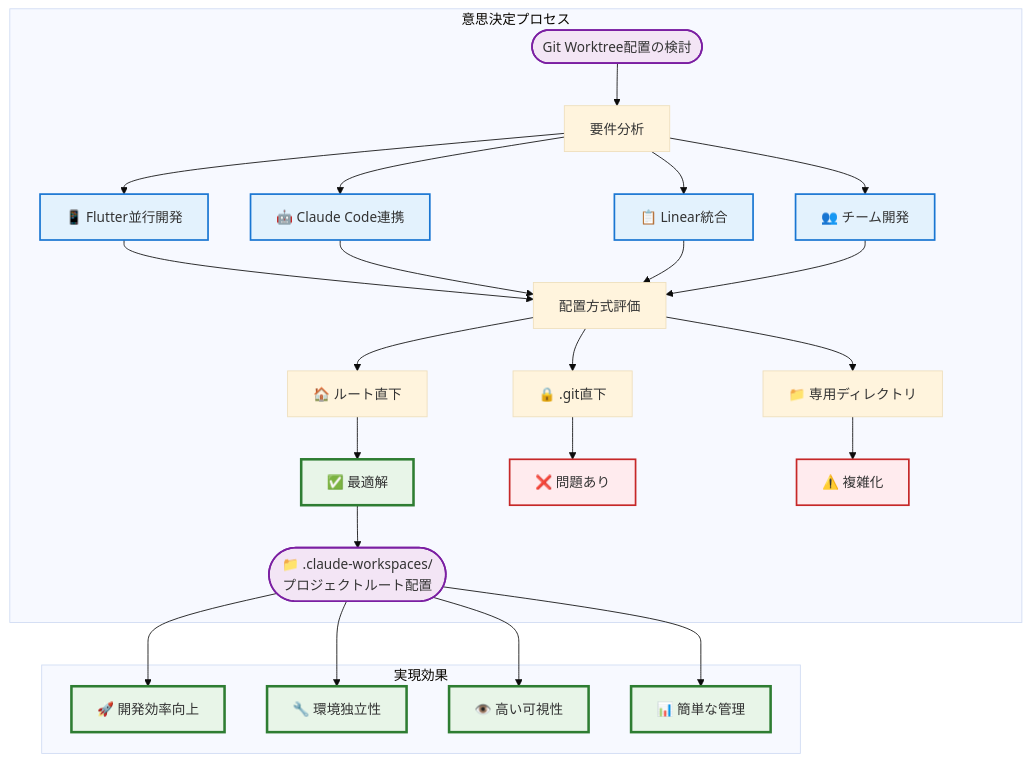
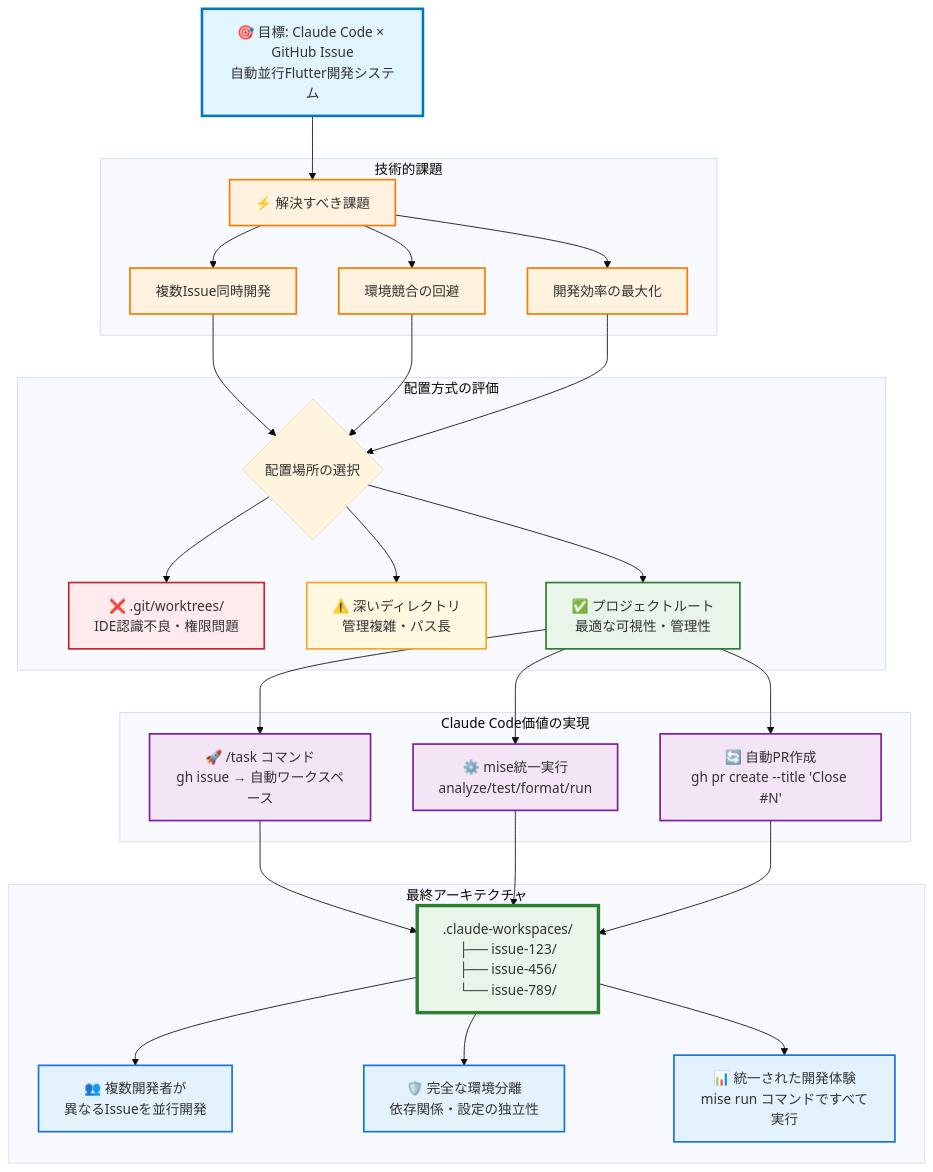
The fifth of 5 diagrams in docs/WORKTREE_ARCHITECTURE.md (r0227n/flutter_template_project), drawn with Mermaid (base theme) before and after one commit. The commit also changed other lines of this file, not shown here.

First line of the commit message:
docs: revise WORKTREE_ARCHITECTURE.md for clarity and structure

````diff
--- a/docs/WORKTREE_ARCHITECTURE.md
+++ b/docs/WORKTREE_ARCHITECTURE.md
@@ -581,44 +612,57 @@
 ```mermaid
-flowchart TB
-    subgraph "意思決定プロセス"
-        Start(["Git Worktree配置の検討"]) --> Analysis["要件分析"]
-
-        Analysis --> Req1["📱 Flutter並行開発"]
-        Analysis --> Req2["🤖 Claude Code連携"]
-        Analysis --> Req3["📋 Linear統合"]
-        Analysis --> Req4["👥 チーム開発"]
-
-        Req1 --> Eval["配置方式評価"]
-        Req2 --> Eval
-        Req3 --> Eval
-        Req4 --> Eval
-
-        Eval --> Option1["🏠 ルート直下"]
-        Eval --> Option2["🔒 .git直下"]
-        Eval --> Option3["📁 専用ディレクトリ"]
-
-        Option1 --> Decision["✅ 最適解"]
-        Option2 --> Reject1["❌ 問題あり"]
-        Option3 --> Reject2["⚠️ 複雑化"]
-
-        Decision --> Final(["📁 .claude-workspaces/<br/>プロジェクトルート配置"])
+flowchart TD
+    Start["🎯 目標: Claude Code × GitHub Issue<br/>自動並行Flutter開発システム"]
+    
+    Start --> Problem["⚡ 解決すべき課題"]
+    
+    subgraph "技術的課題"
+        Problem --> P1["複数Issue同時開発"]
+        Problem --> P2["環境競合の回避"]
+        Problem --> P3["開発効率の最大化"]
+    end
+    
+    subgraph "配置方式の評価"
+        P1 --> Choice
+        P2 --> Choice  
+        P3 --> Choice
+        
+        Choice{"配置場所の選択"}
+        Choice --> Opt1["❌ .git/worktrees/<br/>IDE認識不良・権限問題"]
+        Choice --> Opt2["⚠️ 深いディレクトリ<br/>管理複雑・パス長"]
+        Choice --> Opt3["✅ プロジェクトルート<br/>最適な可視性・管理性"]
+    end
+    
+    subgraph "Claude Code価値の実現"
+        Opt3 --> Value1["🚀 /task コマンド<br/>gh issue → 自動ワークスペース"]
+        Opt3 --> Value2["⚙️ mise統一実行<br/>analyze/test/format/run"]
+        Opt3 --> Value3["🔄 自動PR作成<br/>gh pr create --title 'Close #N'"]
+    end
+    
+    subgraph "最終アーキテクチャ"
+        Value1 --> Final[".claude-workspaces/<br/>├── issue-123/<br/>├── issue-456/<br/>└── issue-789/"]
+        Value2 --> Final
+        Value3 --> Final
+        
+        Final --> Benefit1["👥 複数開発者が<br/>異なるIssueを並行開発"]
+        Final --> Benefit2["🛡️ 完全な環境分離<br/>依存関係・設定の独立性"]
+        Final --> Benefit3["📊 統一された開発体験<br/>mise run コマンドですべて実行"]
     end
 
-    subgraph "実現効果"
-        Final --> Effect1["🚀 開発効率向上"]
-        Final --> Effect2["🔧 環境独立性"]
-        Final --> Effect3["👁️ 高い可視性"]
-        Final --> Effect4["📊 簡単な管理"]
-    end
+    classDef startNode fill:#e1f5fe,stroke:#0277bd,stroke-width:3px
+    classDef problemNode fill:#fff3e0,stroke:#f57c00,stroke-width:2px
+    classDef rejectNode fill:#ffebee,stroke:#c62828,stroke-width:2px
+    classDef warningNode fill:#fff8e1,stroke:#f9a825,stroke-width:2px
+    classDef acceptNode fill:#e8f5e8,stroke:#2e7d32,stroke-width:2px
+    classDef valueNode fill:#f3e5f5,stroke:#7b1fa2,stroke-width:2px
+    classDef finalNode fill:#e8f5e8,stroke:#2e7d32,stroke-width:4px
+    classDef benefitNode fill:#e3f2fd,stroke:#1976d2,stroke-width:2px
 
-    classDef start fill:#f3e5f5,stroke:#7b1fa2,stroke-width:2px
-    classDef requirement fill:#e3f2fd,stroke:#1976d2,stroke-width:2px
-    classDef decision fill:#e8f5e8,stroke:#2e7d32,stroke-width:3px
-    classDef effect fill:#fff3e0,stroke:#f57c00,stroke-width:2px
-    classDef reject fill:#ffebee,stroke:#c62828,stroke-width:2px
-
-    class Start,Final start
-    class Req1,Req2,Req3,Req4 requirement
-    class Decision,Effect1,Effect2,Effect3,Effect4 decision
-    class Reject1,Reject2 reject
+    class Start startNode
+    class Problem,P1,P2,P3 problemNode
+    class Opt1 rejectNode
+    class Opt2 warningNode
+    class Opt3 acceptNode
+    class Value1,Value2,Value3 valueNode
+    class Final finalNode
+    class Benefit1,Benefit2,Benefit3 benefitNode
 ```
````
